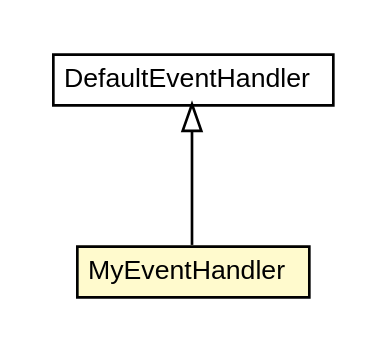
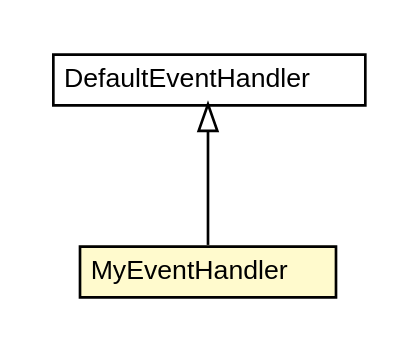
Before and after one commit to trajano/doxdb: the diagram in doxdb-sample-web/apidocs/net/trajano/doxdb/sample/ejb/MyEventHandler.dot, drawn with Graphviz. The commit also changed 134 other files, not shown here.

```diff
--- a/doxdb-sample-web/apidocs/net/trajano/doxdb/sample/ejb/MyEventHandler.dot
+++ b/doxdb-sample-web/apidocs/net/trajano/doxdb/sample/ejb/MyEventHandler.dot
@@ -1,26 +1,26 @@
 #!/usr/local/bin/dot
 #
 # Class diagram 
 # Generated by UMLGraph version R5_6-24-gf6e263 (http://www.umlgraph.org/)
 #
 
 digraph G {
-	edge [fontname="arial",fontsize=10,labelfontname="arial",labelfontsize=10];
-	node [fontname="arial",fontsize=10,shape=plaintext];
+	edge [fontname="Helvetica",fontsize=10,labelfontname="Helvetica",labelfontsize=10];
+	node [fontname="Helvetica",fontsize=10,shape=plaintext];
 	nodesep=0.25;
 	ranksep=0.5;
 	// net.trajano.doxdb.sample.ejb.MyEventHandler
-	c111 [label=<<table title="net.trajano.doxdb.sample.ejb.MyEventHandler" border="0" cellborder="1" cellspacing="0" cellpadding="2" port="p" bgcolor="lemonChiffon" href="./MyEventHandler.html">
+	c115 [label=<<table title="net.trajano.doxdb.sample.ejb.MyEventHandler" border="0" cellborder="1" cellspacing="0" cellpadding="2" port="p" bgcolor="lemonChiffon" href="./MyEventHandler.html">
 		<tr><td><table border="0" cellspacing="0" cellpadding="1">
 <tr><td align="center" balign="center"> MyEventHandler </td></tr>
 		</table></td></tr>
-		</table>>, URL="./MyEventHandler.html", fontname="arial", fontcolor="black", fontsize=10.0];
+		</table>>, URL="./MyEventHandler.html", fontname="Helvetica", fontcolor="black", fontsize=10.0];
 	//net.trajano.doxdb.sample.ejb.MyEventHandler extends net.trajano.doxdb.ext.DefaultEventHandler
-	c122:p -> c111:p [dir=back,arrowtail=empty];
+	c122:p -> c115:p [dir=back,arrowtail=empty];
 	// net.trajano.doxdb.ext.DefaultEventHandler
 	c122 [label=<<table title="net.trajano.doxdb.ext.DefaultEventHandler" border="0" cellborder="1" cellspacing="0" cellpadding="2" port="p" href="http://java.sun.com/j2se/1.4.2/docs/api/net/trajano/doxdb/ext/DefaultEventHandler.html">
 		<tr><td><table border="0" cellspacing="0" cellpadding="1">
 <tr><td align="center" balign="center"> DefaultEventHandler </td></tr>
 		</table></td></tr>
-		</table>>, URL="http://java.sun.com/j2se/1.4.2/docs/api/net/trajano/doxdb/ext/DefaultEventHandler.html", fontname="arial", fontcolor="black", fontsize=10.0];
+		</table>>, URL="http://java.sun.com/j2se/1.4.2/docs/api/net/trajano/doxdb/ext/DefaultEventHandler.html", fontname="Helvetica", fontcolor="black", fontsize=10.0];
 }
```
